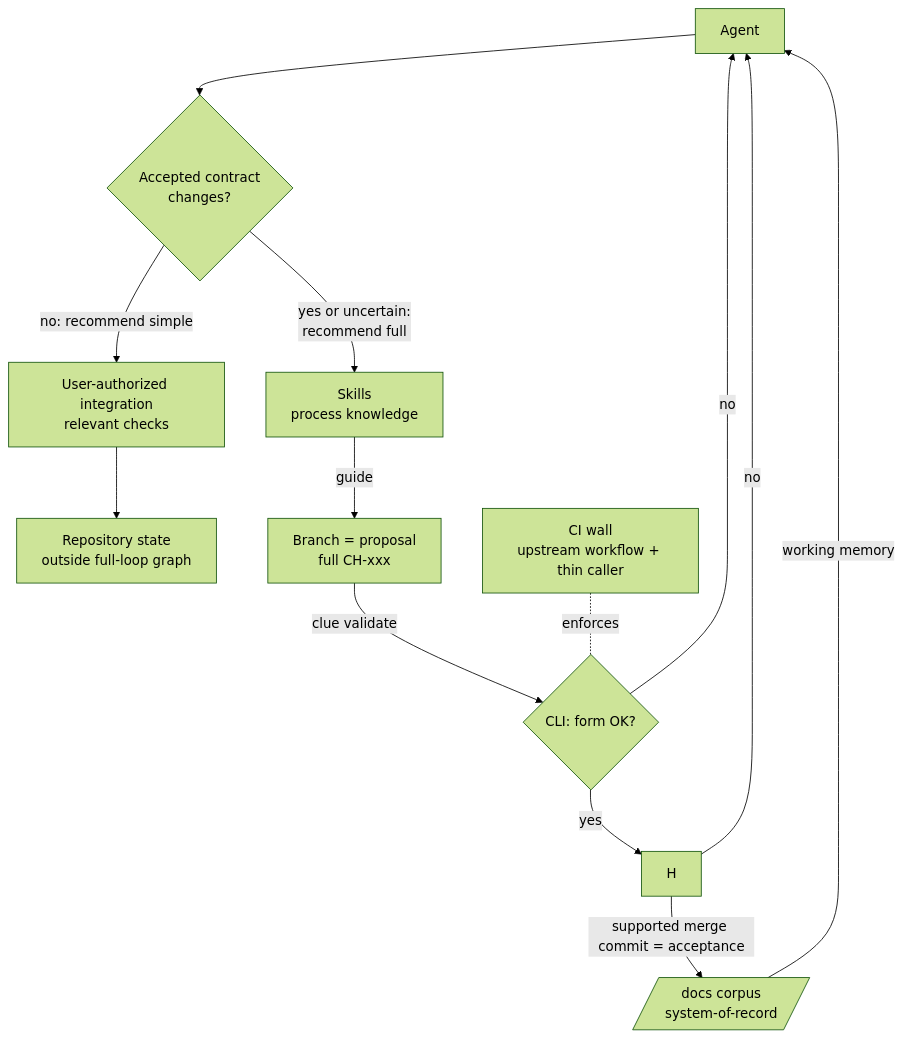
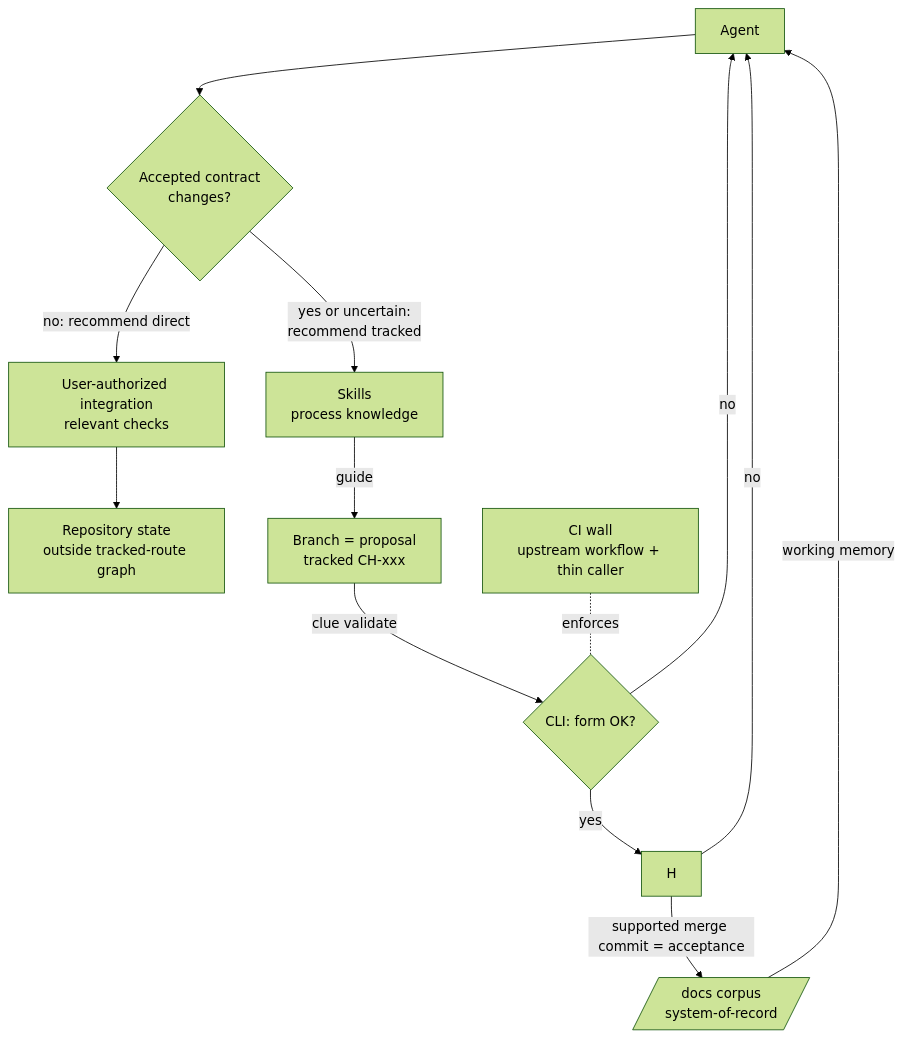
The first of 2 diagrams in docs/architecture/architecture.md (cliewen/cliewen), drawn with Mermaid (forest theme) before and after one commit. The commit also changed other lines of this file and 136 other files, not shown here.

First line of the commit message:
CH-195: rename change routes to direct and tracked

````diff
--- a/docs/architecture/architecture.md
+++ b/docs/architecture/architecture.md
@@ -25,15 +25,15 @@
 ```mermaid
 flowchart TD
     A[Agent] --> Q{Accepted contract<br/>changes?}
-    Q -->|no: recommend simple| P[User-authorized integration<br/>relevant checks]
-    P --> R[Repository state<br/>outside full-loop graph]
-    Q -->|yes or uncertain:<br/>recommend full| S[Skills<br/>process knowledge]
-    S -->|guide| B[Branch = proposal<br/>full CH-xxx]
+    Q -->|no: recommend direct| P[User-authorized integration<br/>relevant checks]
+    P --> R[Repository state<br/>outside tracked-route graph]
+    Q -->|yes or uncertain:<br/>recommend tracked| S[Skills<br/>process knowledge]
+    S -->|guide| B[Branch = proposal<br/>tracked CH-xxx]
     B -->|clue validate| C{CLI: form OK?}
     C -->|no| A
     C -->|yes| H
     H -->|no| A
     H -->|supported merge commit = acceptance| D[/docs corpus<br/>system-of-record/]
     D -->|working memory| A
     W[CI wall<br/>upstream workflow + thin caller] -.enforces.- C
 ```
````
